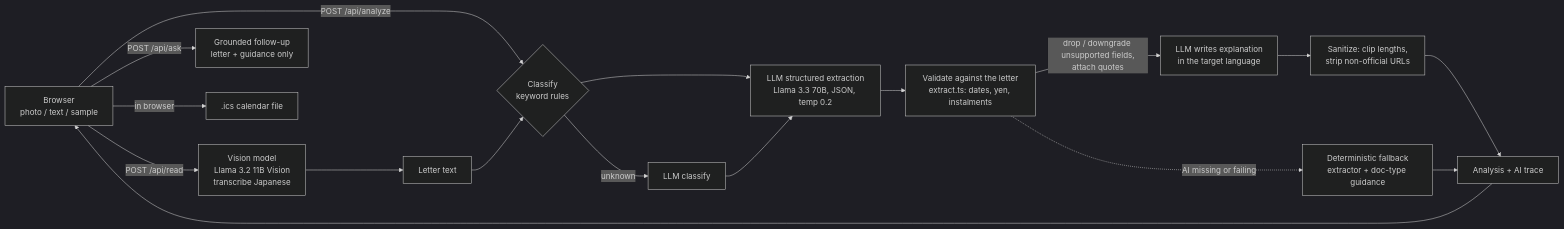
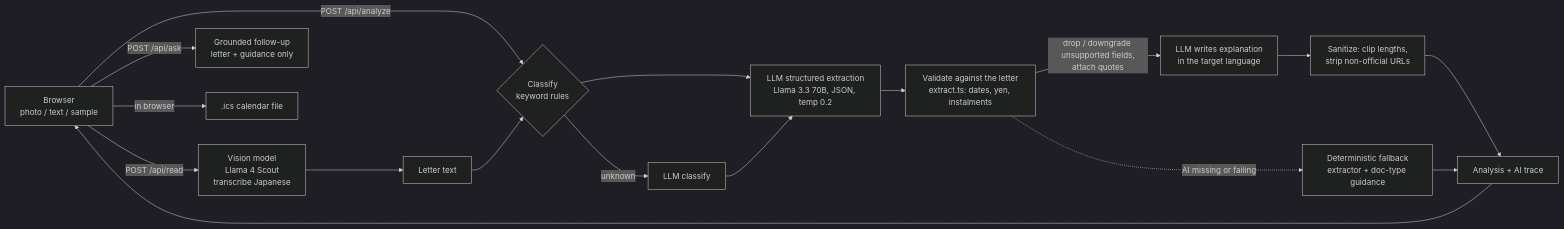
One commit to Class-now/letterlens changed the diagram in README.md. Above: the diagram before and after it, drawn with Mermaid (dark theme). The commit also changed other lines of this file and 8 other files, not shown here.

First line of the commit message:
feat: 写真の読み取りを Llama 4 Scout に変更（予備は Mistral Small 3.1）、用語の読みを確認済みの表で上書き

````diff
--- a/README.md
+++ b/README.md
@@ -29,19 +29,19 @@
 ```mermaid
 flowchart LR
-  U[Browser<br/>photo / text / sample] -->|POST /api/read| R[Vision model<br/>Llama 3.2 11B Vision<br/>transcribe Japanese]
+  U[Browser<br/>photo / text / sample] -->|POST /api/read| R[Vision model<br/>Llama 4 Scout<br/>transcribe Japanese]
   R --> T[Letter text]
   U -->|POST /api/analyze| C{Classify<br/>keyword rules}
   T --> C
   C -->|unknown| CL[LLM classify]
   C --> X[LLM structured extraction<br/>Llama 3.3 70B, JSON, temp 0.2]
   CL --> X
   X --> V[Validate against the letter<br/>extract.ts: dates, yen, instalments]
   V -->|drop / downgrade unsupported fields,<br/>attach quotes| W[LLM writes explanation<br/>in the target language]
   W --> S[Sanitize: clip lengths,<br/>strip non-official URLs]
   S --> A[Analysis + AI trace]
   V -. AI missing or failing .-> F[Deterministic fallback<br/>extractor + doc-type guidance]
   F --> A
   A --> U
   U -->|POST /api/ask| Q[Grounded follow-up<br/>letter + guidance only]
   U -->|in browser| ICS[.ics calendar file]
 ```
````
